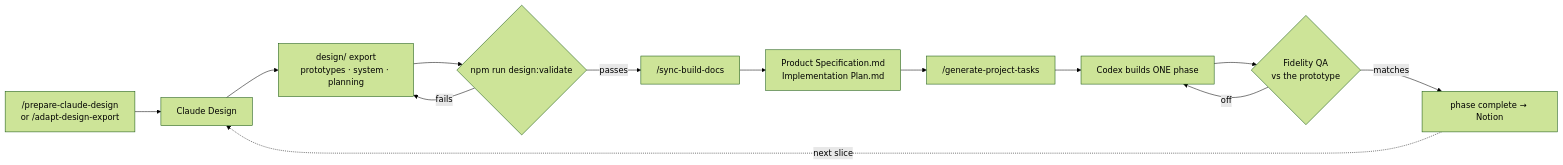
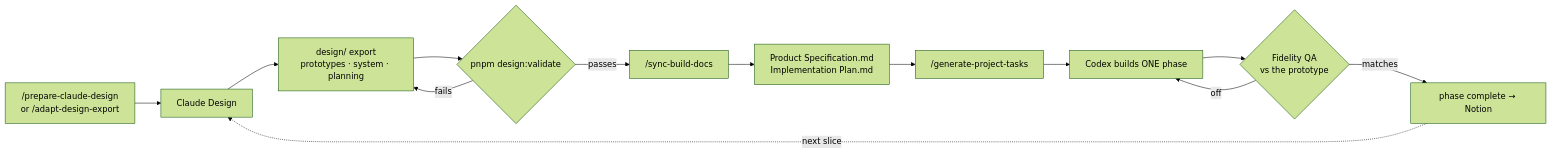
One commit to jade-kenneth/ai-media-creator changed diagram 13 of 14 in docs/how-app-boilerplate-works.md. Above: the diagram before and after it, drawn with Mermaid (forest theme). The commit also changed other lines of this file and 52 other files, not shown here.

````diff
--- a/docs/how-app-boilerplate-works.md
+++ b/docs/how-app-boilerplate-works.md
@@ -514,15 +514,15 @@
 ```mermaid
 flowchart LR
   P["/prepare-claude-design<br/>or /adapt-design-export"] --> CD["Claude Design"]
   CD --> EX["design/ export<br/>prototypes · system · planning"]
-  EX --> V{"npm run design:validate"}
+  EX --> V{"pnpm design:validate"}
   V -->|fails| EX
   V -->|passes| SY["/sync-build-docs"]
   SY --> D["Product Specification.md<br/>Implementation Plan.md"]
   D --> TK["/generate-project-tasks"]
   TK --> CX["Codex builds ONE phase"]
   CX --> QA{"Fidelity QA<br/>vs the prototype"}
   QA -->|off| CX
   QA -->|matches| DONE["phase complete → Notion"]
   DONE -.->|next slice| CD
 ```
````
